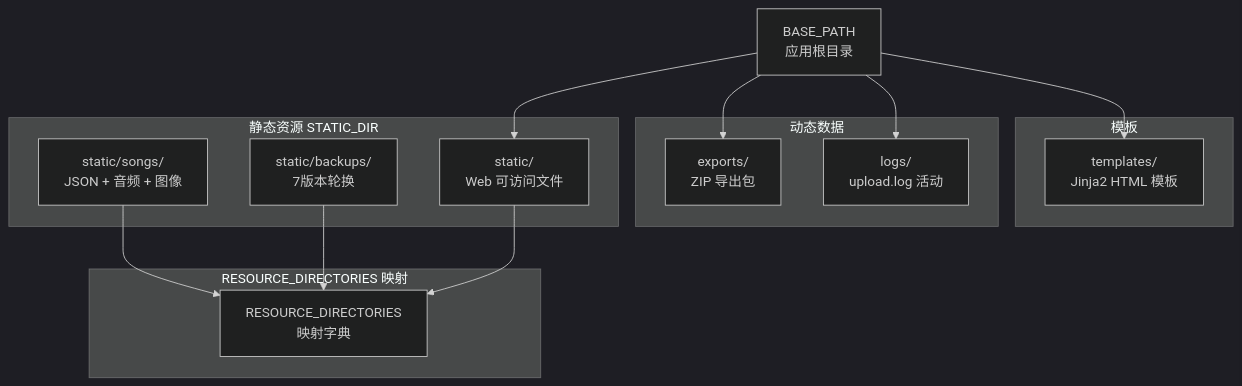
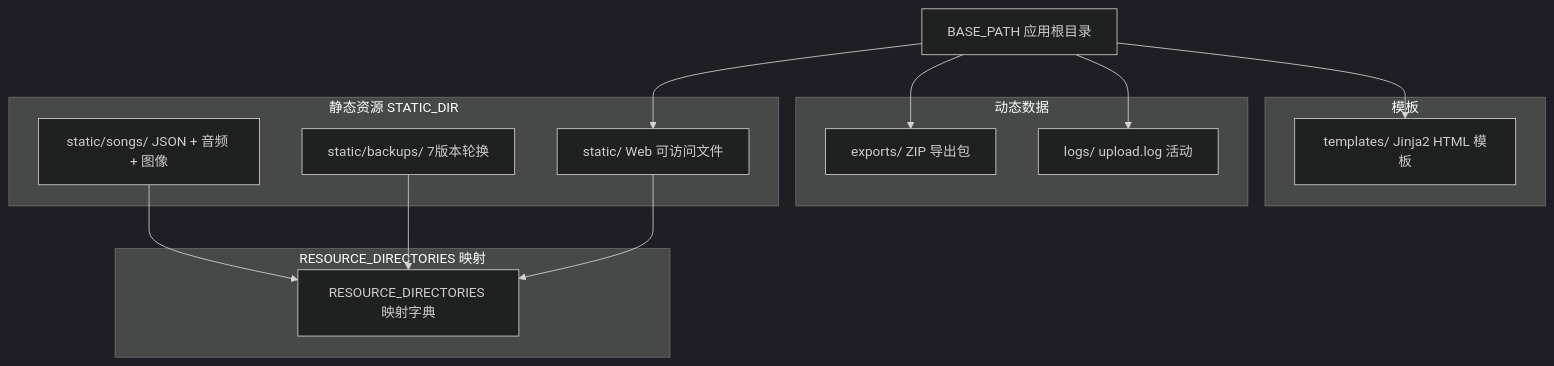
One commit to HKLHaoBin/LyricSphere changed the ninth of 44 diagrams in README.md. Above: the diagram before and after it, drawn with Mermaid (dark theme). The commit also changed other lines of this file, not shown here.

Commit message:
docs: 更新README中的流程图文本格式

````diff
--- a/README.md
+++ b/README.md
@@ -768,38 +768,38 @@
 ```mermaid
 flowchart TD
-    BasePath["BASE_PATH\n应用根目录"]
-    StaticDir["static/\nWeb 可访问文件"]
-    SongsDir["static/songs/\nJSON + 音频 + 图像"]
-    BackupsDir["static/backups/\n7版本轮换"]
-    ExportsDir["exports/\nZIP 导出包"]
-    LogsDir["logs/\nupload.log 活动"]
-    TemplatesDir["templates/\nJinja2 HTML 模板"]
-    ResourceMap["RESOURCE_DIRECTORIES\n映射字典"]
+    BasePath["BASE_PATH 应用根目录"]
+    StaticDir["static/ Web 可访问文件"]
+    SongsDir["static/songs/ JSON + 音频 + 图像"]
+    BackupsDir["static/backups/ 7版本轮换"]
+    ExportsDir["exports/ ZIP 导出包"]
+    LogsDir["logs/ upload.log 活动"]
+    TemplatesDir["templates/ Jinja2 HTML 模板"]
+    ResourceMap["RESOURCE_DIRECTORIES 映射字典"]
 
     BasePath --> StaticDir
     BasePath --> ExportsDir
     BasePath --> LogsDir
     BasePath --> TemplatesDir
     SongsDir --> ResourceMap
     BackupsDir --> ResourceMap
     StaticDir --> ResourceMap
 
     subgraph RESOURCE_DIRECTORIES["RESOURCE_DIRECTORIES 映射"]
         ResourceMap
     end
 
     subgraph Templates[模板]
         TemplatesDir
     end
 
     subgraph DynamicData[动态数据]
         ExportsDir
         LogsDir
     end
 
     subgraph StaticResources["静态资源 STATIC_DIR"]
         StaticDir
         SongsDir
         BackupsDir
     end
 ```
````
